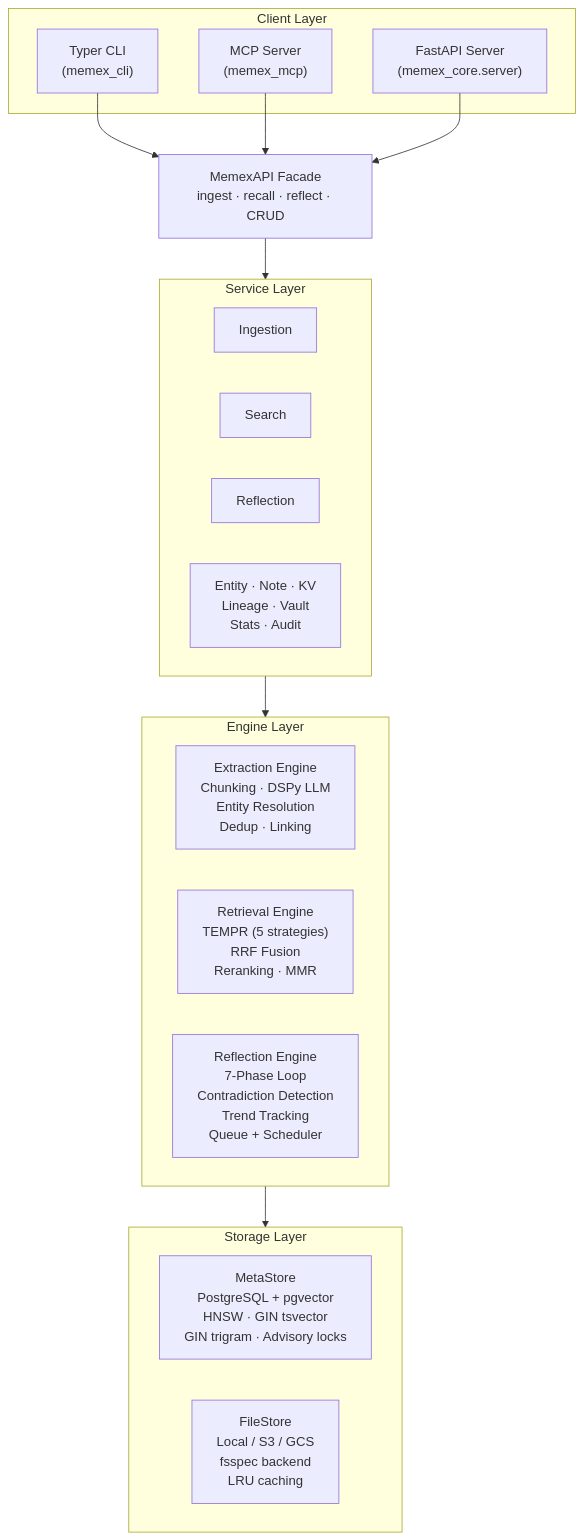
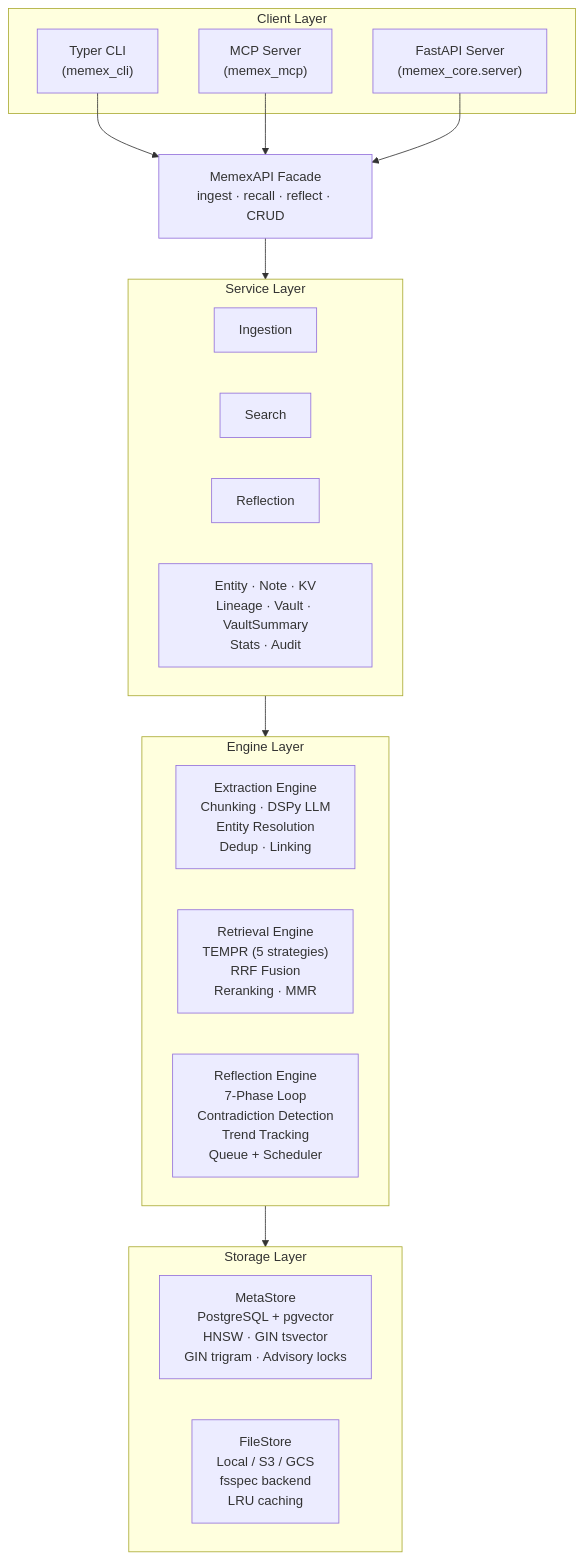
The first of 3 diagrams in docs/explanation/architecture-overview.md (JasperHG90/memex), drawn with Mermaid before and after one commit. The commit also changed other lines of this file and 8 other files, not shown here.

````diff
--- a/docs/explanation/architecture-overview.md
+++ b/docs/explanation/architecture-overview.md
@@ -9,41 +9,41 @@
 ```mermaid
 graph TD
     subgraph CLIENT["Client Layer"]
         CLI["Typer CLI<br/>(memex_cli)"]
         MCP["MCP Server<br/>(memex_mcp)"]
         REST["FastAPI Server<br/>(memex_core.server)"]
     end
 
     CLI --> API
     MCP --> API
     REST --> API
 
     API["MemexAPI Facade<br/>ingest · recall · reflect · CRUD"]
 
     API --> SVC
 
     subgraph SVC["Service Layer"]
         direction LR
         IS["Ingestion"]
         SS["Search"]
         RS["Reflection"]
-        OS["Entity · Note · KV<br/>Lineage · Vault<br/>Stats · Audit"]
+        OS["Entity · Note · KV<br/>Lineage · Vault · VaultSummary<br/>Stats · Audit"]
     end
 
     SVC --> ENG
 
     subgraph ENG["Engine Layer"]
         direction LR
         EX["Extraction Engine<br/>Chunking · DSPy LLM<br/>Entity Resolution<br/>Dedup · Linking"]
         RT["Retrieval Engine<br/>TEMPR (5 strategies)<br/>RRF Fusion<br/>Reranking · MMR"]
         RF["Reflection Engine<br/>7-Phase Loop<br/>Contradiction Detection<br/>Trend Tracking<br/>Queue + Scheduler"]
     end
 
     ENG --> STG
 
     subgraph STG["Storage Layer"]
         direction LR
         MS["MetaStore<br/>PostgreSQL + pgvector<br/>HNSW · GIN tsvector<br/>GIN trigram · Advisory locks"]
         FS["FileStore<br/>Local / S3 / GCS<br/>fsspec backend<br/>LRU caching"]
     end
 ```
````
